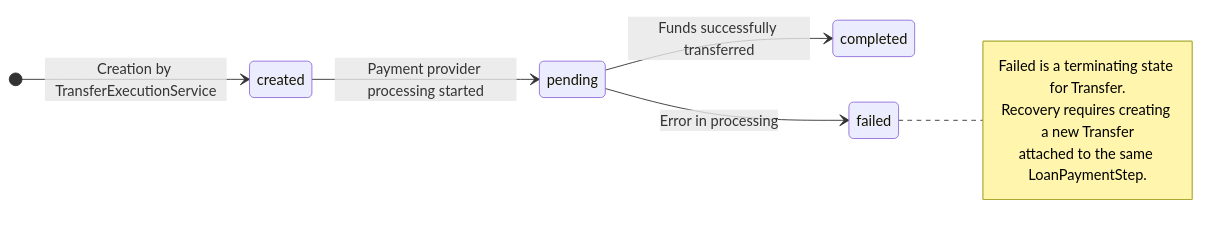
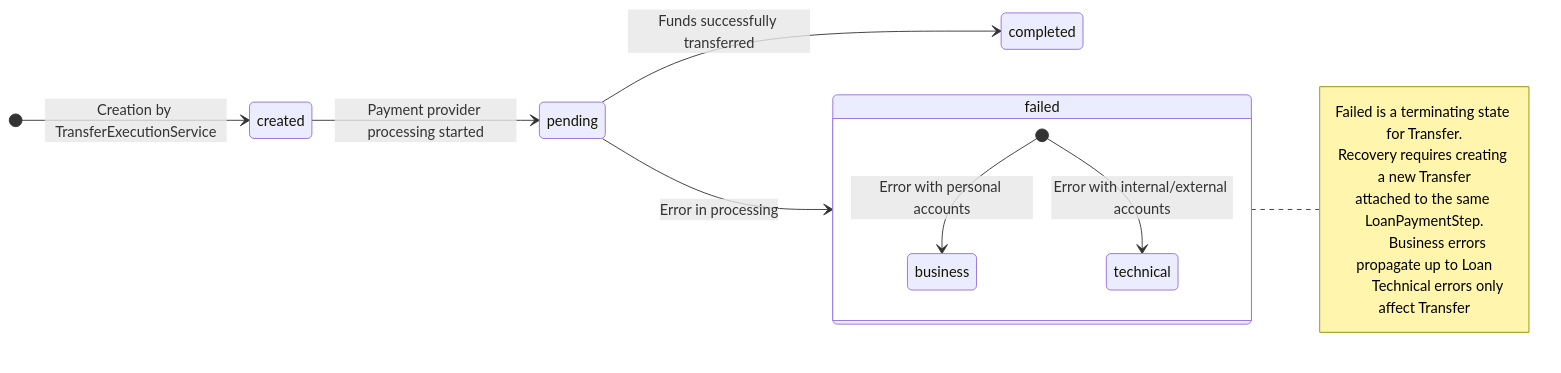
One commit to jangot/archipelago-rules changed the eighth of 10 diagrams in docs/loan-domain.md. Above: the diagram before and after it, drawn with Mermaid. The commit also changed other lines of this file, not shown here.

First line of the commit message:
WIP on Lending docs: Transfer Error definition and flows described

````diff
--- a/docs/loan-domain.md
+++ b/docs/loan-domain.md
@@ -995,15 +1015,23 @@
 ```mermaid
 stateDiagram-v2
     direction LR
     
     [*] --> created: Creation by TransferExecutionService
     created --> pending: Payment provider processing started
     pending --> completed: Funds successfully transferred
     pending --> failed: Error in processing
     
+    state failed {
+        [*] --> business: Error with personal accounts
+        [*] --> technical: Error with internal/external accounts
+    }
+    
     note right of failed
         Failed is a terminating state for Transfer.
         Recovery requires creating a new Transfer
         attached to the same LoanPaymentStep.
+        
+        Business errors propagate up to Loan
+        Technical errors only affect Transfer
     end note
 ```
````
